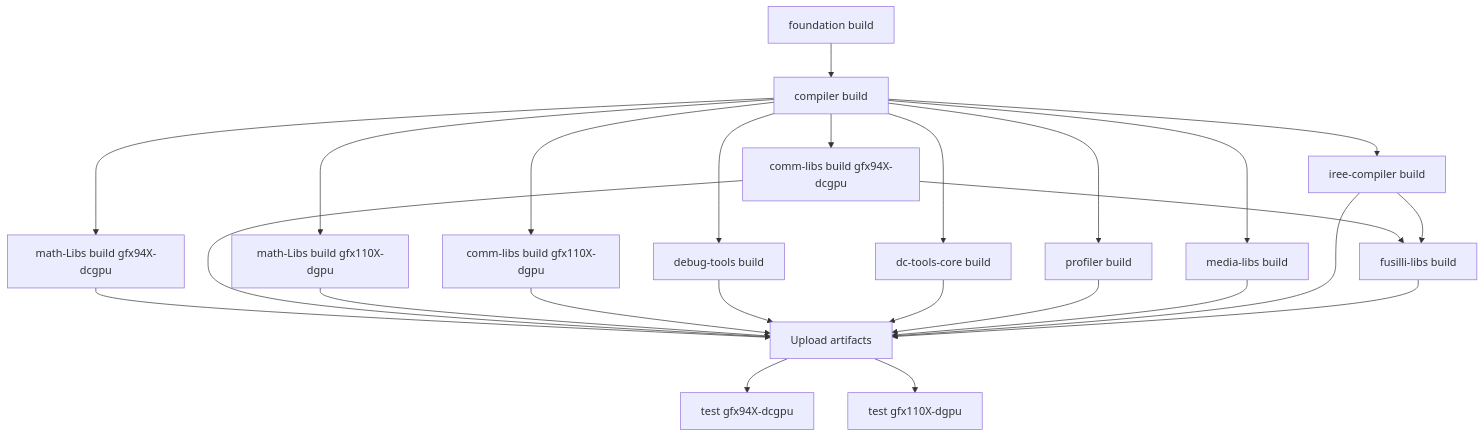
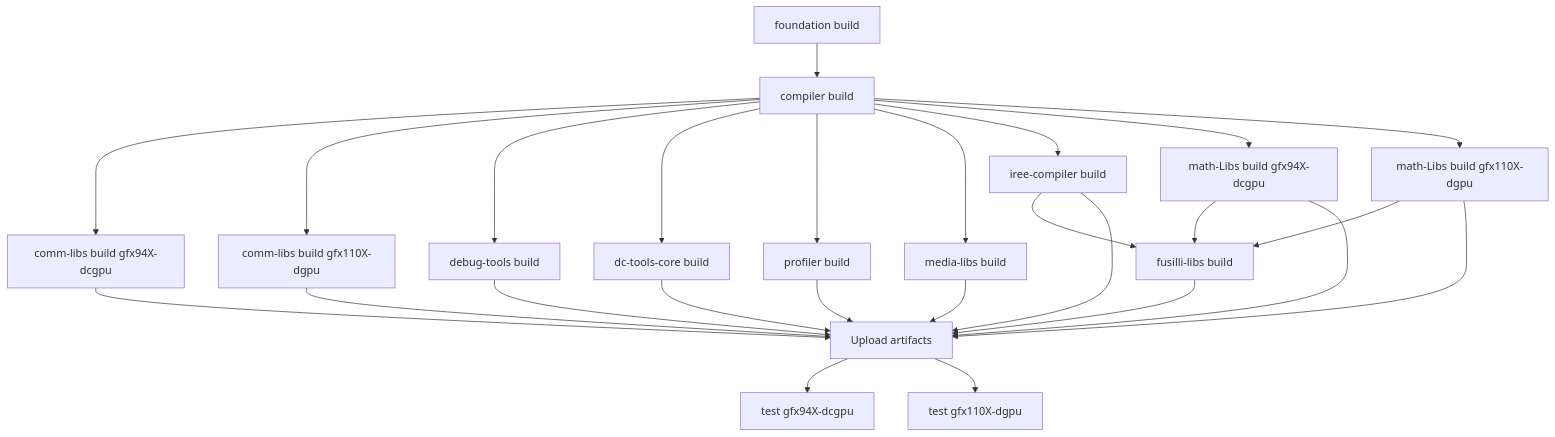
The first of 3 diagrams in docs/development/ci_overview.md (ROCm/TheRock), drawn with Mermaid before and after one commit.

````diff
--- a/docs/development/ci_overview.md
+++ b/docs/development/ci_overview.md
@@ -19,27 +19,28 @@
 ```mermaid
 graph TD
     A[foundation build] --> B[compiler build]
-    B --> C1[math-Libs build gfx94X-dcgpu]
     B --> C2[comm-libs build gfx94X-dcgpu]
-    B --> C3[math-Libs build gfx110X-dgpu]
     B --> C4[comm-libs build gfx110X-dgpu]
     B --> C5[debug-tools build]
     B --> C6[dc-tools-core build]
     B --> C7[profiler build]
     B --> C8[media-libs build]
     B --> C9[iree-compiler build]
-    C2 --> C10[fusilli-libs build]
+    B --> C1[math-Libs build gfx94X-dcgpu]
+    B --> C3[math-Libs build gfx110X-dgpu]
+    C1 --> C10[fusilli-libs build]
+    C3 --> C10[fusilli-libs build]
     C9 --> C10[fusilli-libs build]
     C1 --> D[Upload artifacts]
     C2 --> D[Upload artifacts]
     C3 --> D[Upload artifacts]
     C4 --> D[Upload artifacts]
     C5 --> D[Upload artifacts]
     C6 --> D[Upload artifacts]
     C7 --> D[Upload artifacts]
     C8 --> D[Upload artifacts]
     C9 --> D[Upload artifacts]
     C10 --> D[Upload artifacts]
     D --> E1[test gfx94X-dcgpu]
     D --> E2[test gfx110X-dgpu]
 ```
````
